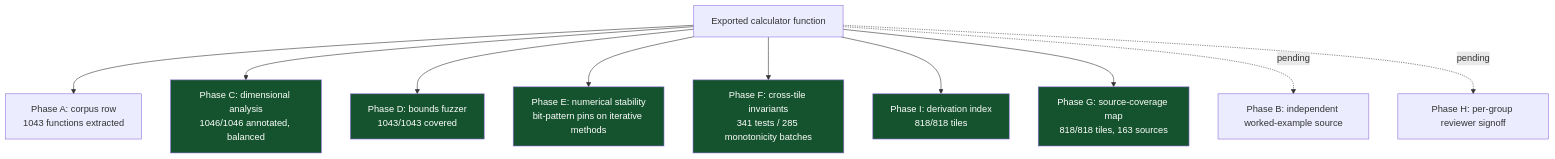
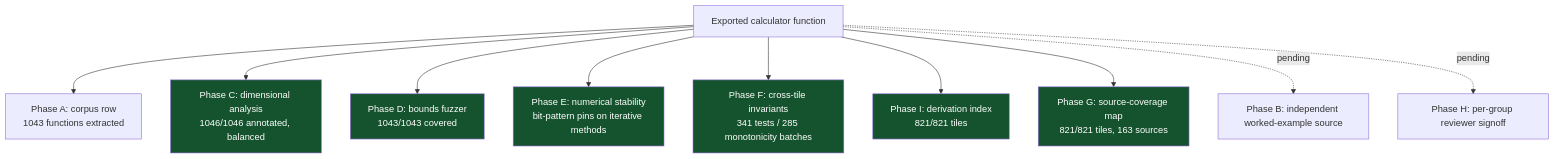
The sixth of 8 diagrams in README.md (clay-good/roughlogic.com), drawn with Mermaid before and after one commit. The commit also changed other lines of this file and 19 other files, not shown here.

````diff
--- a/README.md
+++ b/README.md
@@ -519,18 +519,18 @@
 ```mermaid
 flowchart TB
     F[Exported calculator function] --> A[Phase A: corpus row\n1043 functions extracted]
     F --> C[Phase C: dimensional analysis\n1046/1046 annotated, balanced]
     F --> D[Phase D: bounds fuzzer\n1043/1043 covered]
     F --> E[Phase E: numerical stability\nbit-pattern pins on iterative methods]
     F --> Fa[Phase F: cross-tile invariants\n341 tests / 285 monotonicity batches]
-    F --> I[Phase I: derivation index\n818/818 tiles]
-    F --> G[Phase G: source-coverage map\n818/818 tiles, 163 sources]
+    F --> I[Phase I: derivation index\n821/821 tiles]
+    F --> G[Phase G: source-coverage map\n821/821 tiles, 163 sources]
     F -.pending.-> B[Phase B: independent worked-example source]
     F -.pending.-> H[Phase H: per-group reviewer signoff]
     style C fill:#14532d,color:#fff
     style D fill:#14532d,color:#fff
     style E fill:#14532d,color:#fff
     style Fa fill:#14532d,color:#fff
     style G fill:#14532d,color:#fff
     style I fill:#14532d,color:#fff
 ```
````
